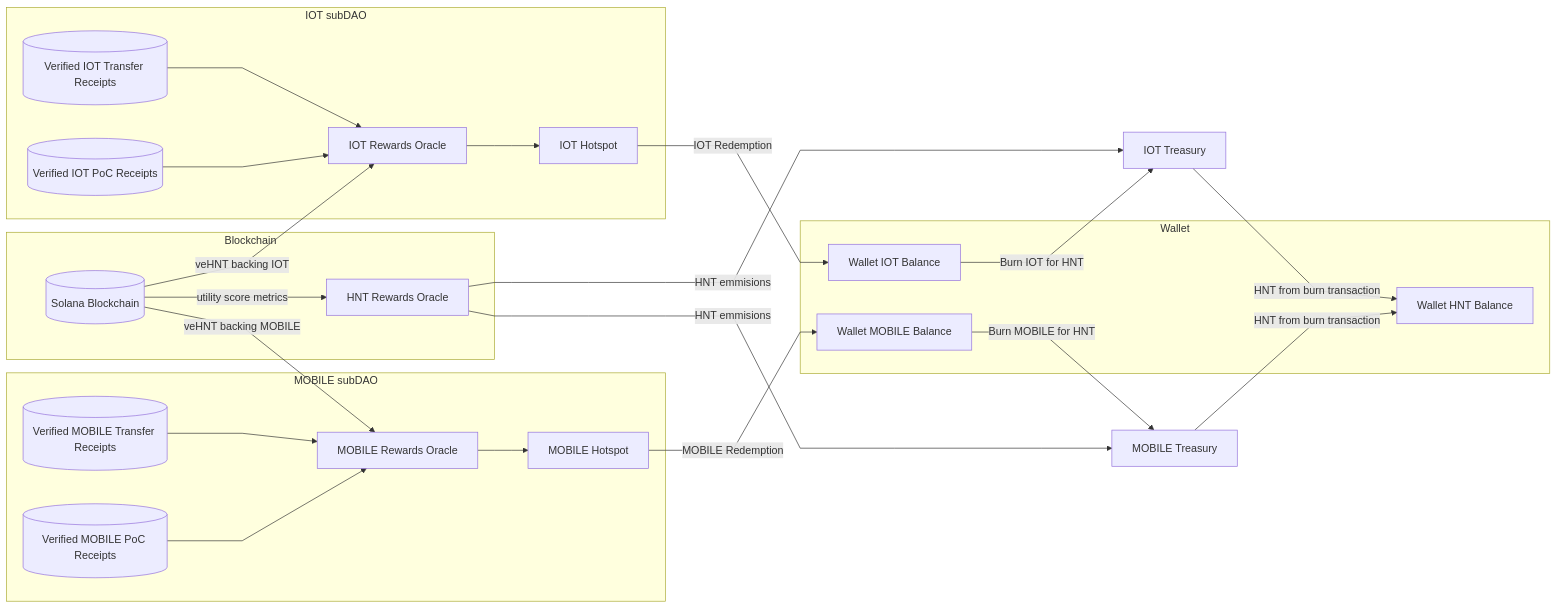
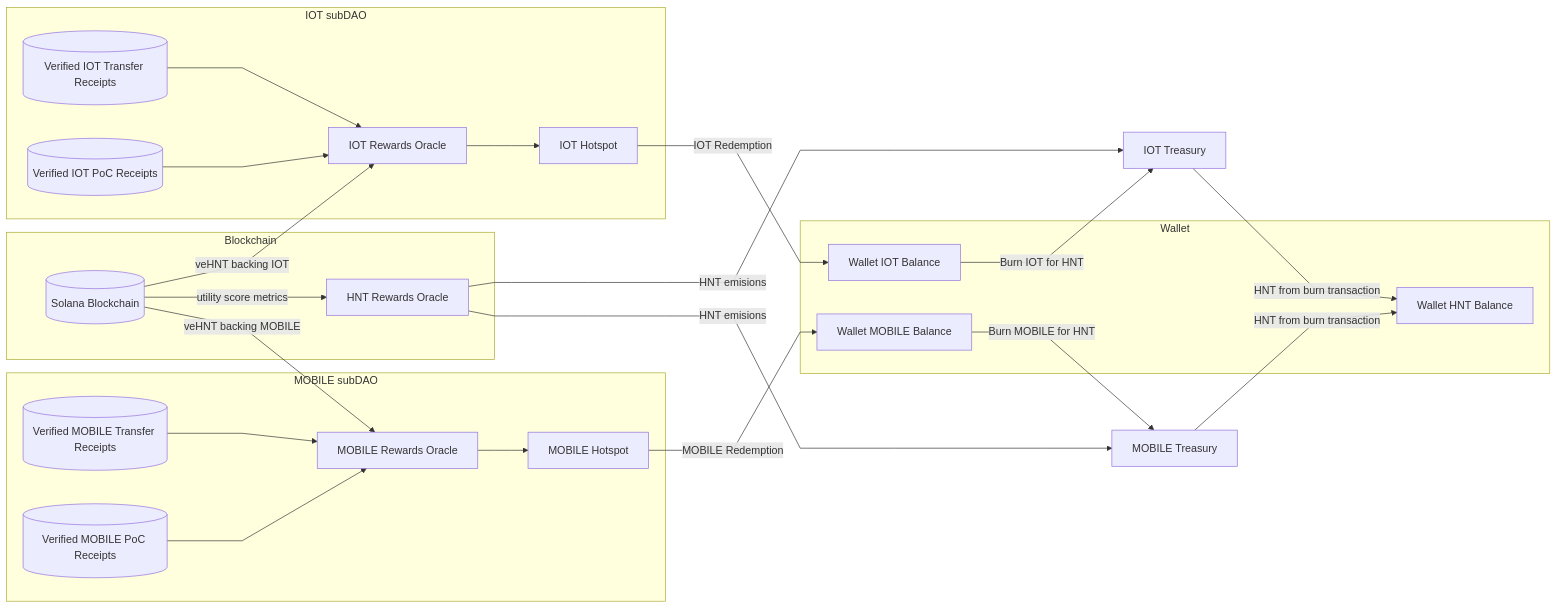
One commit to helium/docs changed the diagram in docs/oracles/rewards-oracles.mdx. Above: the diagram before and after it, drawn with Mermaid. The commit also changed 2 other files, not shown here.

````diff
--- a/docs/oracles/rewards-oracles.mdx
+++ b/docs/oracles/rewards-oracles.mdx
@@ -62,58 +62,58 @@
 ```mermaid
 %%{ init: { 'flowchart': { 'curve': 'linear' } } }%%
 flowchart LR
   %% entities
   solanaBlockchain[(Solana Blockchain)]
 
   iotTransferReceipts[(Verified IOT Transfer Receipts)]
   iotPoCReceipts[(Verified IOT PoC Receipts)]
 
   iotRewardsOracle[IOT Rewards Oracle]
   iotHotspot[IOT Hotspot]
 
   iotTreasury[IOT Treasury]
 
   mobileTransferReceipts[(Verified MOBILE Transfer Receipts)]
   mobilePoCReceipts[(Verified MOBILE PoC Receipts)]
 
   mobileRewardsOracle[MOBILE Rewards Oracle]
   mobileHotspot[MOBILE Hotspot]
 
   mobileTreasury[MOBILE Treasury]
 
   hntRewardsOracle[HNT Rewards Oracle]
 
   walletIOTBalance[Wallet IOT Balance];
   walletHNTBalance[Wallet HNT Balance];
   walletMOBILEBalance[Wallet MOBILE Balance];
 
   %% flows
   subgraph Wallet
     walletHNTBalance;
     walletIOTBalance;
     walletMOBILEBalance;
   end
 
   subgraph IOT subDAO
     iotTransferReceipts-->iotRewardsOracle
     iotPoCReceipts-->iotRewardsOracle
     iotRewardsOracle-->iotHotspot
   end
   iotHotspot-->|IOT Redemption|walletIOTBalance --> |Burn IOT for HNT|iotTreasury
 
   subgraph MOBILE subDAO
     mobileTransferReceipts-->mobileRewardsOracle
     mobilePoCReceipts-->mobileRewardsOracle
     mobileRewardsOracle-->mobileHotspot
   end
   mobileHotspot-->|MOBILE Redemption|walletMOBILEBalance --> |Burn MOBILE for HNT|mobileTreasury
 
-  hntRewardsOracle-->|HNT emmisions|iotTreasury & mobileTreasury -->|HNT from burn transaction|walletHNTBalance
+  hntRewardsOracle-->|HNT emisions|iotTreasury & mobileTreasury -->|HNT from burn transaction|walletHNTBalance
 
   subgraph Blockchain
     solanaBlockchain-->|veHNT backing IOT|iotRewardsOracle
     solanaBlockchain-->|utility score metrics|hntRewardsOracle
     solanaBlockchain-->|veHNT backing MOBILE|mobileRewardsOracle
   end
 
 ```
````
